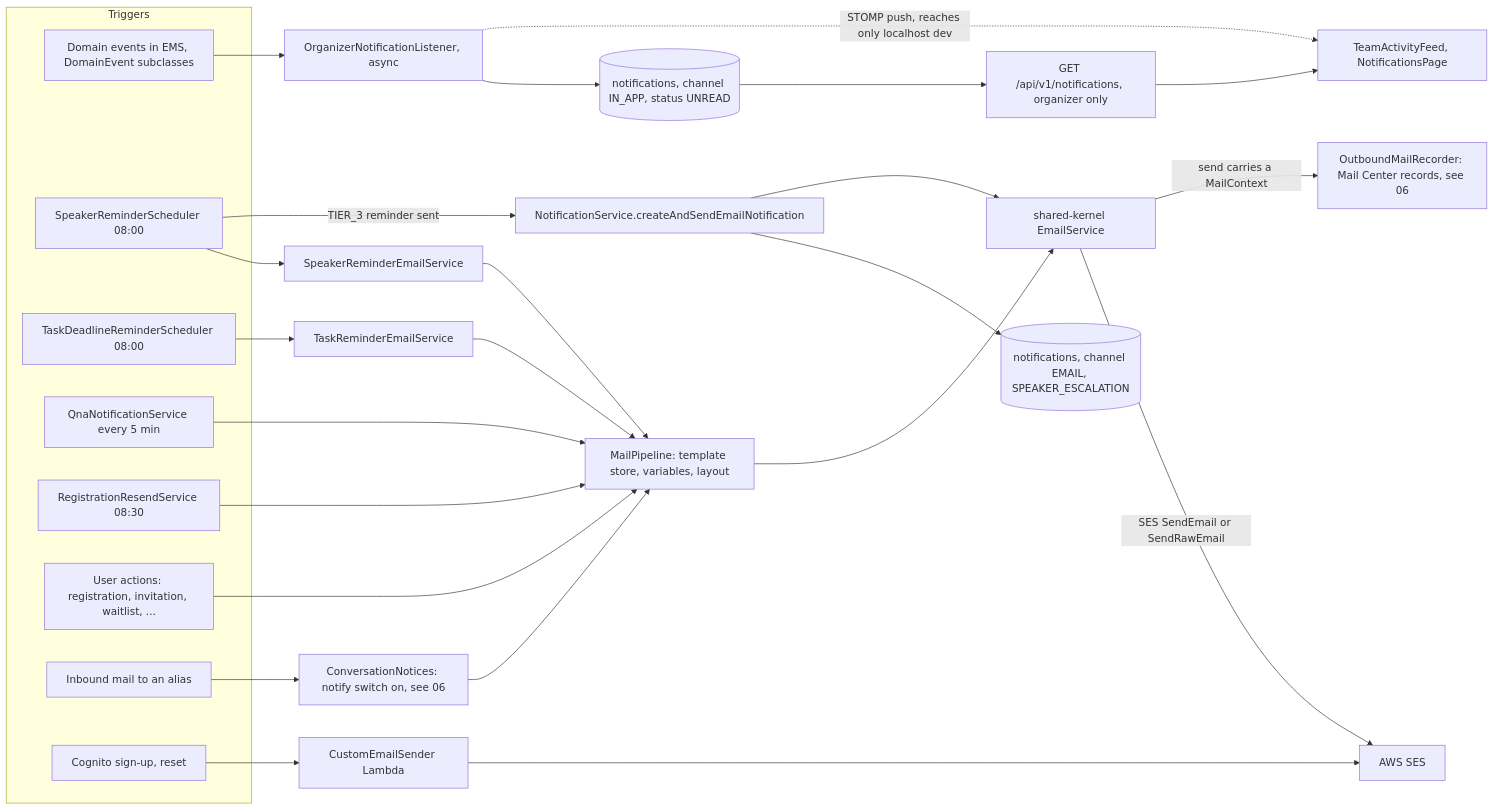
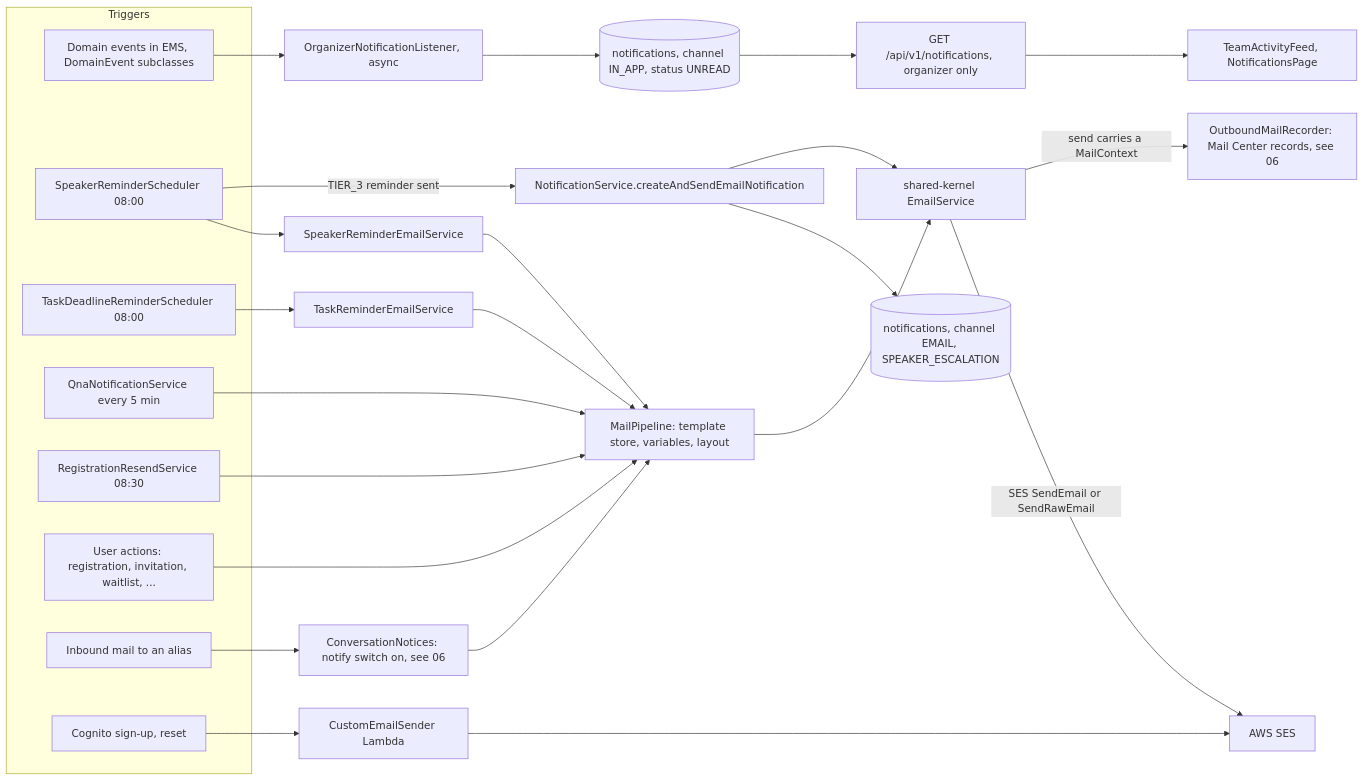
One commit to nissimbuchs/BATbern2 changed the first of 6 diagrams in docs/architecture/06d-notification-system.md. Above: the diagram before and after it, drawn with Mermaid. The commit also changed other lines of this file and 367 other files, not shown here.

````diff
--- a/docs/architecture/06d-notification-system.md
+++ b/docs/architecture/06d-notification-system.md
@@ -23,34 +23,33 @@
 ```mermaid
 flowchart LR
     subgraph Triggers
         DE["Domain events in EMS, DomainEvent subclasses"]
         SR["SpeakerReminderScheduler 08:00"]
         TR["TaskDeadlineReminderScheduler 08:00"]
         QN["QnaNotificationService every 5 min"]
         RR["RegistrationResendService 08:30"]
         REG["User actions: registration, invitation, waitlist, ..."]
         INB["Inbound mail to an alias"]
         COGT["Cognito sign-up, reset"]
     end
     DE --> ONL["OrganizerNotificationListener, async"]
     ONL --> NT[("notifications, channel IN_APP, status UNREAD")]
     NT --> REST["GET /api/v1/notifications, organizer only"]
     REST --> FEED["TeamActivityFeed, NotificationsPage"]
-    ONL -. "STOMP push, reaches only localhost dev" .-> FEED
     SR --> SRE["SpeakerReminderEmailService"]
     SR -->|"TIER_3 reminder sent"| NS["NotificationService.createAndSendEmailNotification"]
     NS --> NTE[("notifications, channel EMAIL, SPEAKER_ESCALATION")]
     TR --> TRE["TaskReminderEmailService"]
     QN --> MP
     RR --> MP
     REG --> MP
     SRE --> MP["MailPipeline: template store, variables, layout"]
     TRE --> MP
     INB --> CN["ConversationNotices: notify switch on, see 06"]
     CN --> MP
     MP --> ES["shared-kernel EmailService"]
     NS --> ES
     ES -->|"SES SendEmail or SendRawEmail"| SES["AWS SES"]
     ES -->|"send carries a MailContext"| REC["OutboundMailRecorder: Mail Center records, see 06"]
     COGT --> CES["CustomEmailSender Lambda"] --> SES
 ```
````
